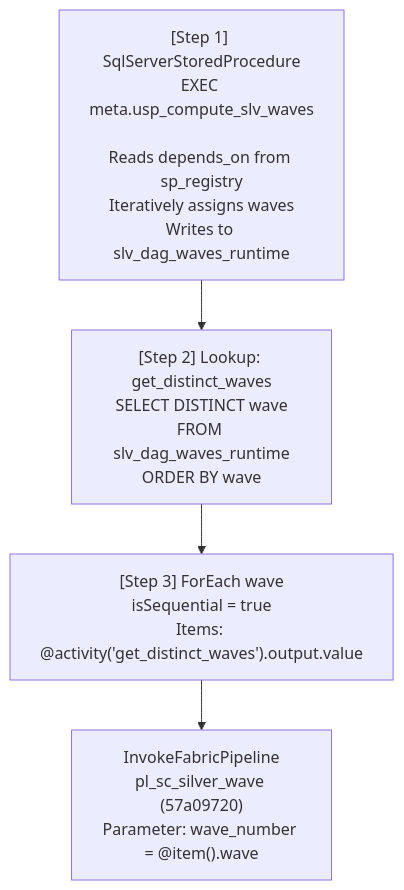
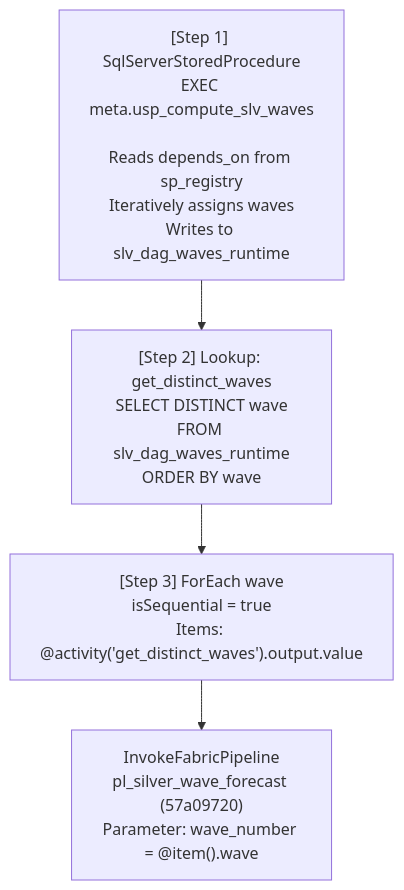
Before and after one commit to ankinguyen-engineer-2002/Fabric-v9-Warehouse-Medallion: the fourth of 11 diagrams in Fabric_Architect/v9_architecture_supplychain.md, drawn with Mermaid. The commit also changed other lines of this file and 9 other files, not shown here.

````diff
--- a/Fabric_Architect/v9_architecture_supplychain.md
+++ b/Fabric_Architect/v9_architecture_supplychain.md
@@ -236,13 +236,13 @@
 ```mermaid
 flowchart TD
     CW["[Step 1] SqlServerStoredProcedure\nEXEC meta.usp_compute_slv_waves\n\nReads depends_on from sp_registry\nIteratively assigns waves\nWrites to slv_dag_waves_runtime"]
 
     LW["[Step 2] Lookup: get_distinct_waves\nSELECT DISTINCT wave\nFROM slv_dag_waves_runtime\nORDER BY wave"]
 
     FE["[Step 3] ForEach wave\nisSequential = true\nItems: @activity('get_distinct_waves').output.value"]
 
-    IP["InvokeFabricPipeline\npl_sc_silver_wave (57a09720)\nParameter: wave_number = @item().wave"]
+    IP["InvokeFabricPipeline\npl_silver_wave_forecast (57a09720)\nParameter: wave_number = @item().wave"]
 
     CW --> LW --> FE
     FE --> IP
 ```
````
